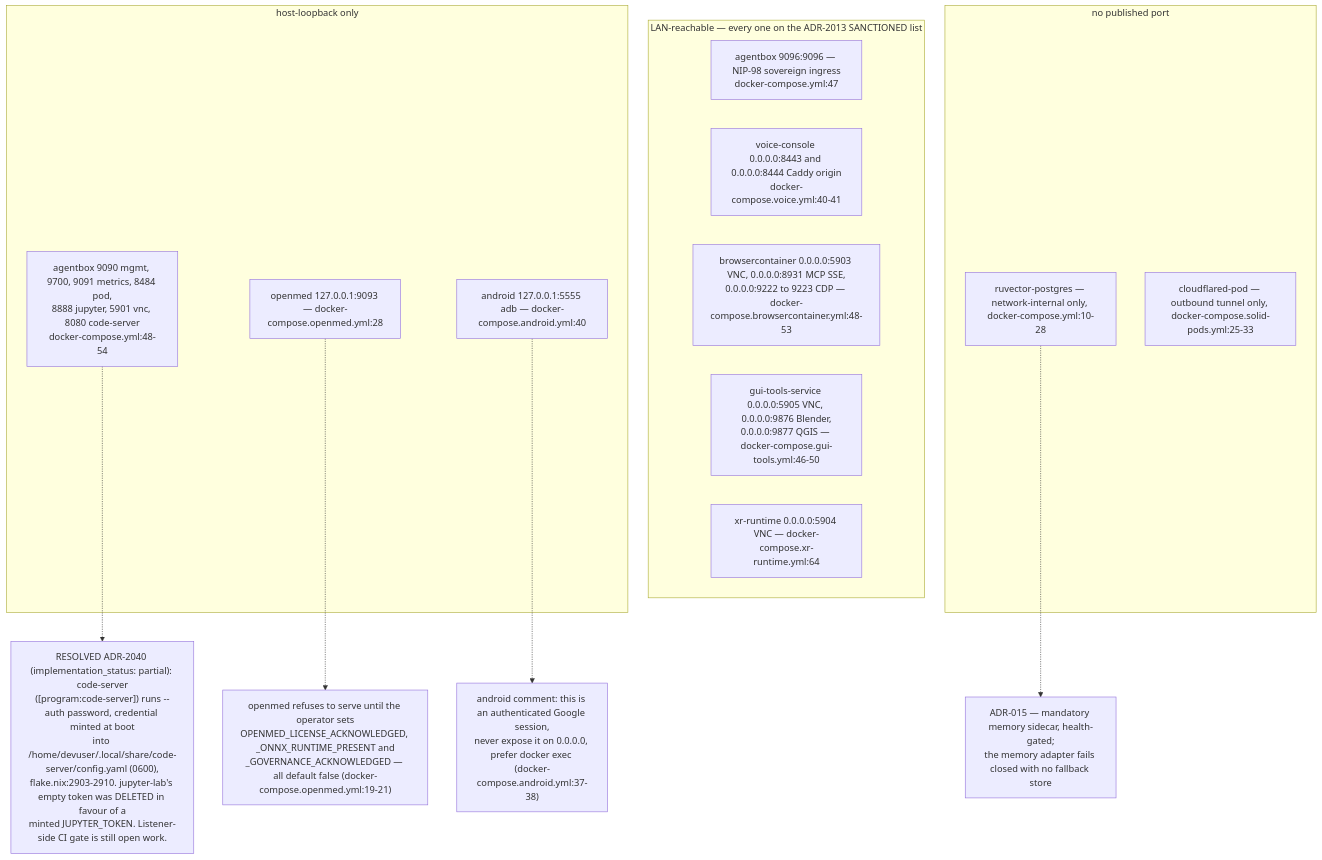
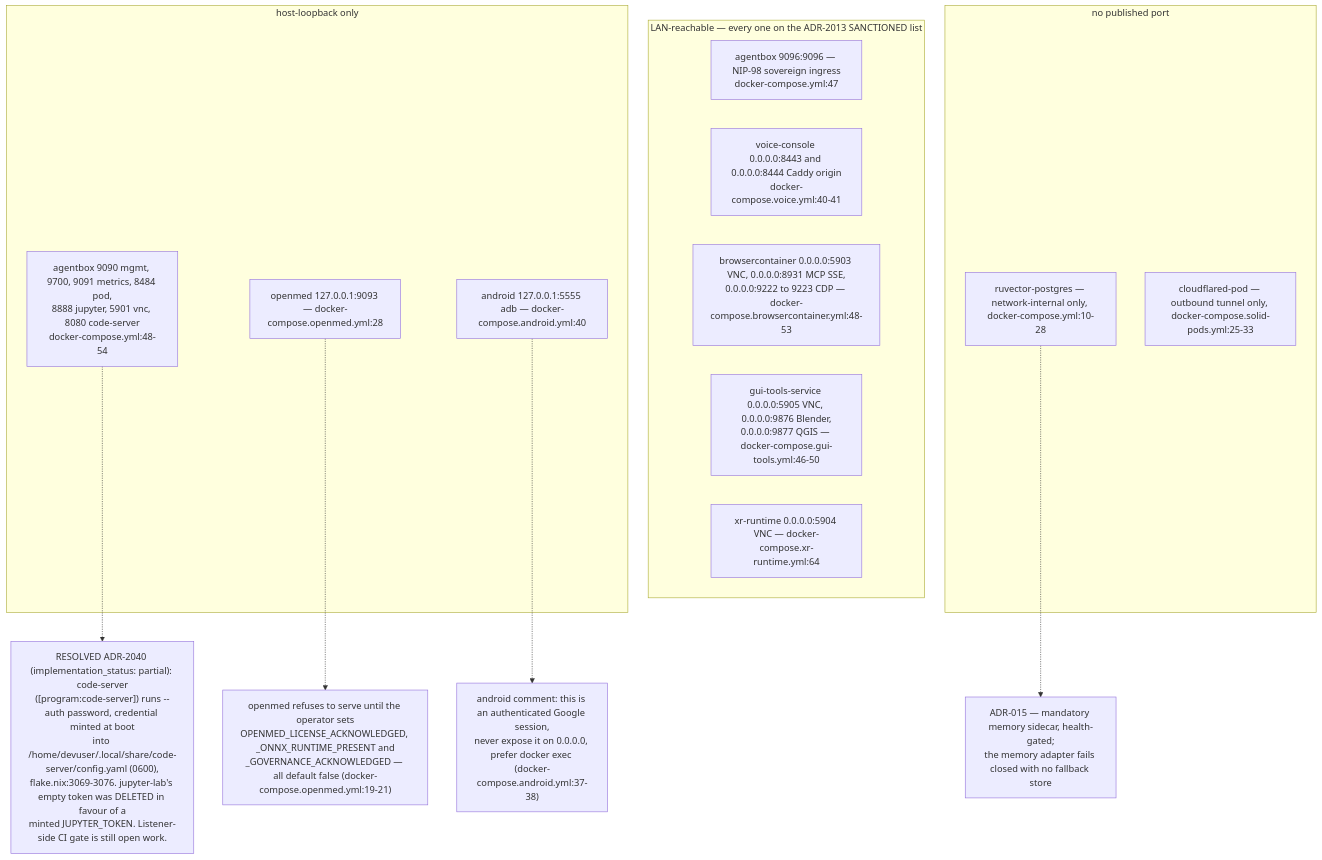
The seventh of 14 diagrams in docs/diagrams/agentbox/06-sidecars-and-compose-overlays.md (DreamLab-AI/VisionFlow), drawn with Mermaid before and after one commit. The commit also changed other lines of this file and 7 other files, not shown here.

````diff
--- a/docs/diagrams/agentbox/06-sidecars-and-compose-overlays.md
+++ b/docs/diagrams/agentbox/06-sidecars-and-compose-overlays.md
@@ -222,23 +223,23 @@
 ```mermaid
 flowchart TB
     subgraph LANP["LAN-reachable — every one on the ADR-2013 SANCTIONED list"]
         P1["agentbox 9096:9096 — NIP-98 sovereign ingress<br/>docker-compose.yml:47"]
         P2["voice-console 0.0.0.0:8443 and 0.0.0.0:8444 Caddy origin<br/>docker-compose.voice.yml:40-41"]
         P3["browsercontainer 0.0.0.0:5903 VNC, 0.0.0.0:8931 MCP SSE,<br/>0.0.0.0:9222 to 9223 CDP — docker-compose.browsercontainer.yml:48-53"]
         P4["gui-tools-service 0.0.0.0:5905 VNC, 0.0.0.0:9876 Blender,<br/>0.0.0.0:9877 QGIS — docker-compose.gui-tools.yml:46-50"]
         P5["xr-runtime 0.0.0.0:5904 VNC — docker-compose.xr-runtime.yml:64"]
     end
     subgraph LOOP["host-loopback only"]
         Q1["agentbox 9090 mgmt, 9700, 9091 metrics, 8484 pod,<br/>8888 jupyter, 5901 vnc, 8080 code-server<br/>docker-compose.yml:48-54"]
         Q2["openmed 127.0.0.1:9093 — docker-compose.openmed.yml:28"]
         Q3["android 127.0.0.1:5555 adb — docker-compose.android.yml:40"]
     end
     subgraph NONE["no published port"]
         R1["ruvector-postgres — network-internal only, docker-compose.yml:10-28"]
         R2["cloudflared-pod — outbound tunnel only, docker-compose.solid-pods.yml:25-33"]
     end
     Q3 -.-> AND["android comment: this is an authenticated Google session,<br/>never expose it on 0.0.0.0, prefer docker exec (docker-compose.android.yml:37-38)"]
     Q2 -.-> OM["openmed refuses to serve until the operator sets<br/>OPENMED_LICENSE_ACKNOWLEDGED, _ONNX_RUNTIME_PRESENT and<br/>_GOVERNANCE_ACKNOWLEDGED — all default false (docker-compose.openmed.yml:19-21)"]
-    Q1 -.-> CSR["RESOLVED ADR-2040 (implementation_status: partial): code-server<br/>([program:code-server]) runs --auth password, credential minted at boot<br/>into /home/devuser/.local/share/code-server/config.yaml (0600),<br/>flake.nix:2903-2910. jupyter-lab's empty token was DELETED in favour of a<br/>minted JUPYTER_TOKEN. Listener-side CI gate is still open work."]
+    Q1 -.-> CSR["RESOLVED ADR-2040 (implementation_status: partial): code-server<br/>([program:code-server]) runs --auth password, credential minted at boot<br/>into /home/devuser/.local/share/code-server/config.yaml (0600),<br/>flake.nix:3069-3076. jupyter-lab's empty token was DELETED in favour of a<br/>minted JUPYTER_TOKEN. Listener-side CI gate is still open work."]
     R1 -.-> PGN["ADR-015 — mandatory memory sidecar, health-gated;<br/>the memory adapter fails closed with no fallback store"]
 ```
````
